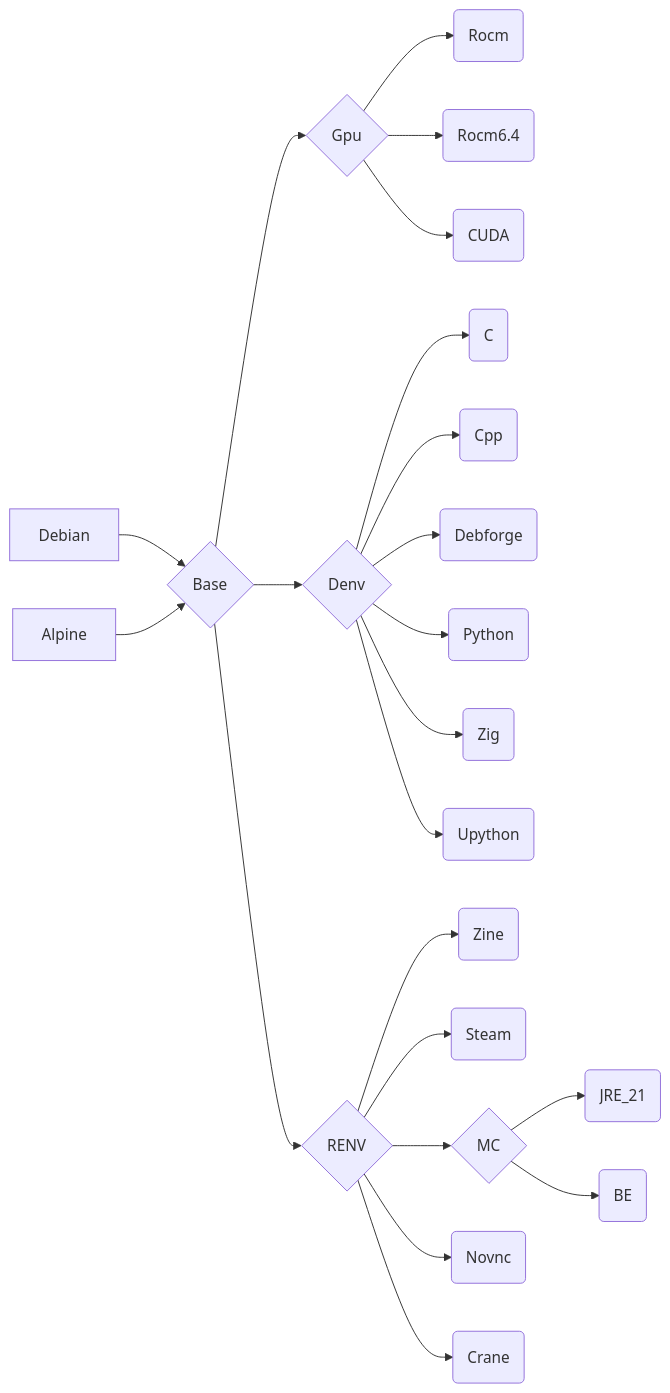
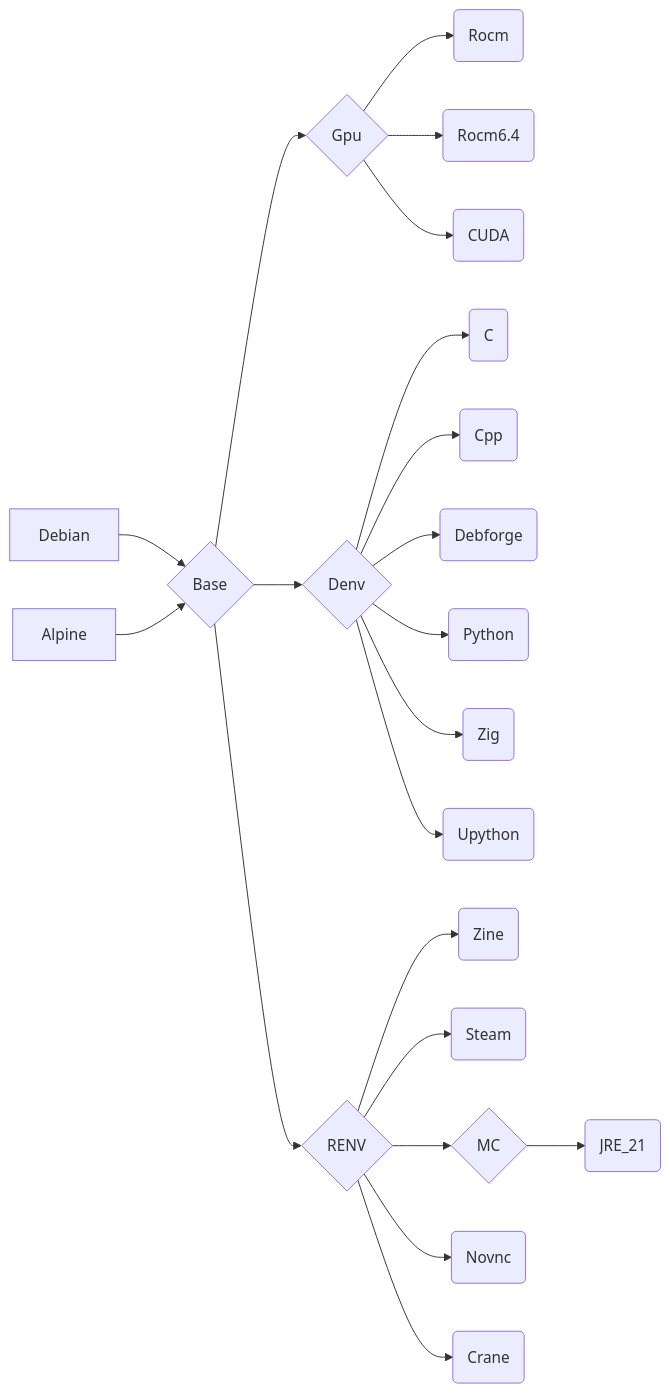
The diagram in README.md (eoeair/cenv), drawn with Mermaid before and after one commit. The commit also changed other lines of this file and 8 other files, not shown here.

````diff
--- a/README.md
+++ b/README.md
@@ -57,26 +57,24 @@
 ```mermaid
 graph LR
 Debian-->B{Base}
 Alpine-->B
  
 B-->G{Gpu}-->GA(Rocm)
 G-->GB(Rocm6.4)
 G-->GC(CUDA)
 
 B-->D{Denv}
 D-->DA(C)
 D-->DB(Cpp)
 D-->DF(Debforge)
 D-->DC(Python)
 D-->DD(Zig)
 D-->DE(Upython)
 
 B-->R{RENV}
 R-->RA(Zine)
 R-->RB(Steam)
-R-->RC{MC}
-RC-->RCA(JRE_21)
-RC-->RCB(BE)
+R-->RC{MC}-->RCA(JRE_21)
 R-->RD(Novnc)
 R-->RE(Crane)
 ```
````
